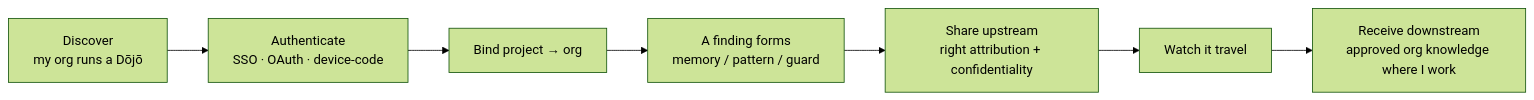
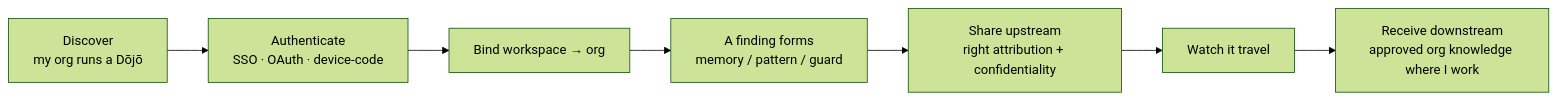
The first of 5 diagrams in docs/prd/02-objectives.md (sensei-hq/sensei), drawn with Mermaid (forest theme) before and after one commit. The commit also changed other lines of this file and 40 other files, not shown here.

````diff
--- a/docs/prd/02-objectives.md
+++ b/docs/prd/02-objectives.md
@@ -82,7 +82,7 @@
 ```mermaid
 flowchart LR
     d1[Discover<br/>my org runs a Dōjō] --> d2[Authenticate<br/>SSO · OAuth · device-code]
-    d2 --> d3[Bind project → org] --> d4[A finding forms<br/>memory / pattern / guard]
+    d2 --> d3[Bind workspace → org] --> d4[A finding forms<br/>memory / pattern / guard]
     d4 --> d5[Share upstream<br/>right attribution + confidentiality]
     d5 --> d6[Watch it travel] --> d7[Receive downstream<br/>approved org knowledge where I work]
 ```
````
